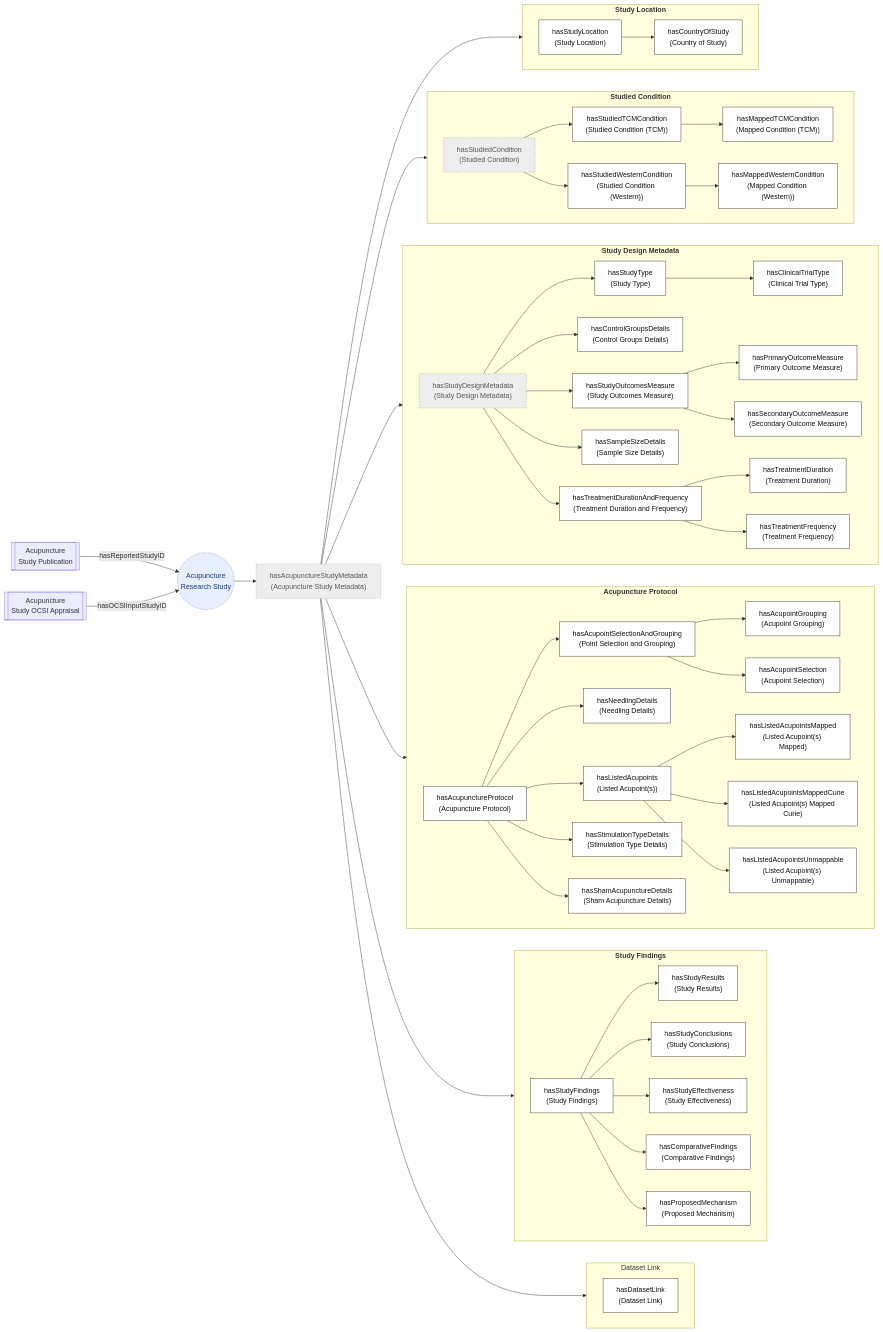
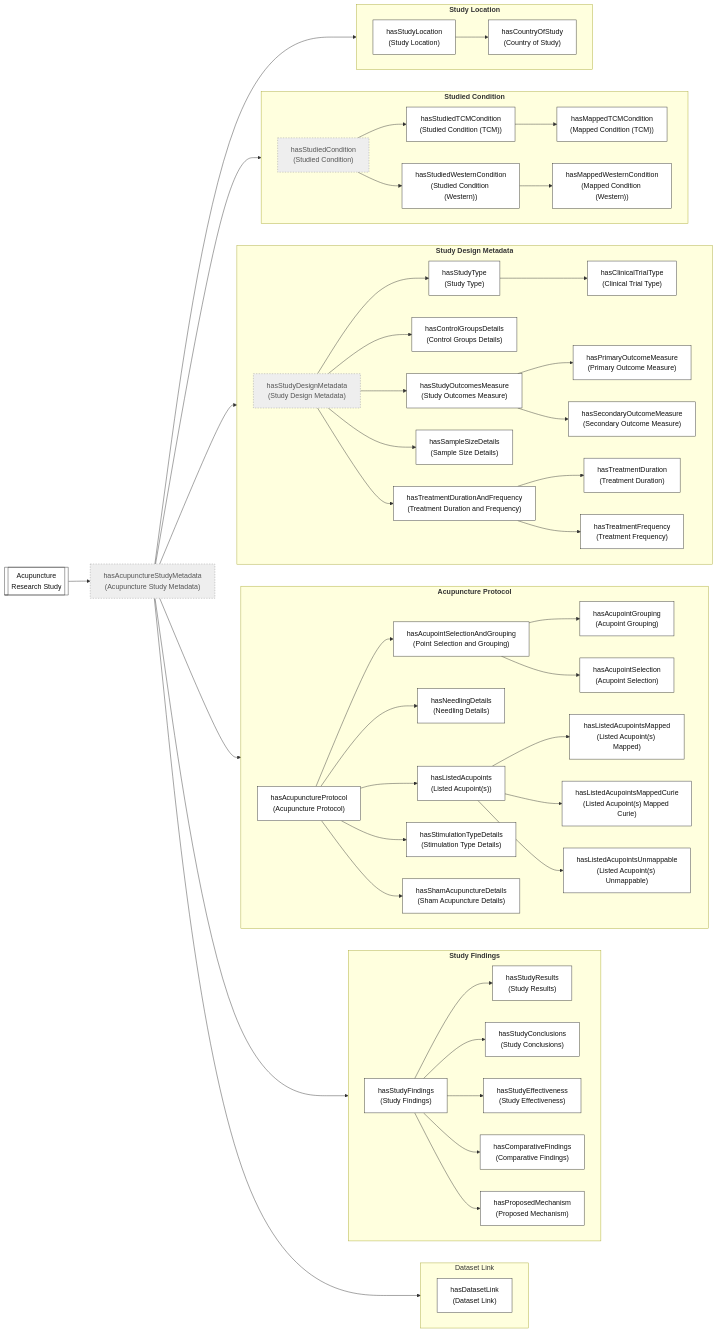
The fourth of 6 diagrams in ontology-files/base/articles-kb/articles-kb-core/README.md (smtifahim/TARA-Ontology-Repository), drawn with Mermaid before and after one commit. The commit also changed other lines of this file, not shown here.

````diff
--- a/ontology-files/base/articles-kb/articles-kb-core/README.md
+++ b/ontology-files/base/articles-kb/articles-kb-core/README.md
@@ -135,10 +118,9 @@
     classDef field fill:#ffffff,stroke:#333,color:#111
     classDef linked fill:#e8f0ff,stroke:#4472c4,stroke-dasharray: 2 2,color:#1a3a6b
 
-    STUDY(("Acupuncture<br/>Research Study")):::field
+    STUDY[["Acupuncture<br/>Research Study"]]:::field
     ROOT["hasAcupunctureStudyMetadata<br/>(Acupuncture Study Metadata)"]:::group
     STUDY --> ROOT
-
 
     ROOT --> SLOC
     ROOT --> SDES
@@ -166,14 +148,14 @@
         SFIND --> EFFECT
         SFIND --> COMP
         SFIND --> MECH
-        
+    
     end
-    
-    
+  
+  
     subgraph PROTO ["<b>Acupuncture Protocol</b>"]
         direction LR
         PROT["hasAcupunctureProtocol<br/>(Acupuncture Protocol)"]:::field
-        
+    
         LIST["hasListedAcupoints<br/>(Listed Acupoint(s))"]:::field
         LMAP["hasListedAcupointsMapped<br/>(Listed Acupoint(s) Mapped)"]:::field
         LCURIE["hasListedAcupointsMappedCurie<br/>(Listed Acupoint(s) Mapped Curie)"]:::field
@@ -185,7 +167,7 @@
         ASELGROUP["hasAcupointSelectionAndGrouping<br/>(Point Selection and Grouping)"]:::field
         GRP["hasAcupointGrouping<br/>(Acupoint Grouping)"]:::field
         SEL["hasAcupointSelection<br/>(Acupoint Selection)"]:::field
-        
+    
 
         PROT --> ASELGROUP
         ASELGROUP --> GRP
@@ -194,13 +176,13 @@
         PROT --> LIST
         LIST --> LMAP
         LIST --> LCURIE
-        LIST --> LUNMAP        
+        LIST --> LUNMAP    
         PROT --> STIM
         PROT --> SHAM
 
-        
+    
     end
-    
+  
     subgraph DESIGN ["<b>Study Design Metadata</b>"]
         direction LR
         SDES["hasStudyDesignMetadata<br/>(Study Design Metadata)"]:::group
@@ -219,7 +201,7 @@
         SDES --> CTRL
         SDES --> OUT
         SDES --> SAMP
-        
+    
         OUT --> POUT
         OUT --> SOUT
         SDES --> TDF
@@ -245,7 +227,4 @@
         COUNTRY["hasCountryOfStudy<br/>(Country of Study)"]:::field
         SLOC --> COUNTRY
     end
-
-    PUB_EXT[["Acupuncture</br>Study Publication"]] -- hasReportedStudyID --> STUDY:::linked  
-    OCSI_EXT[["Acupuncture</br>Study OCSI Appraisal"]] -- hasOCSIInputStudyID --> STUDY:::linked
 ```
````
